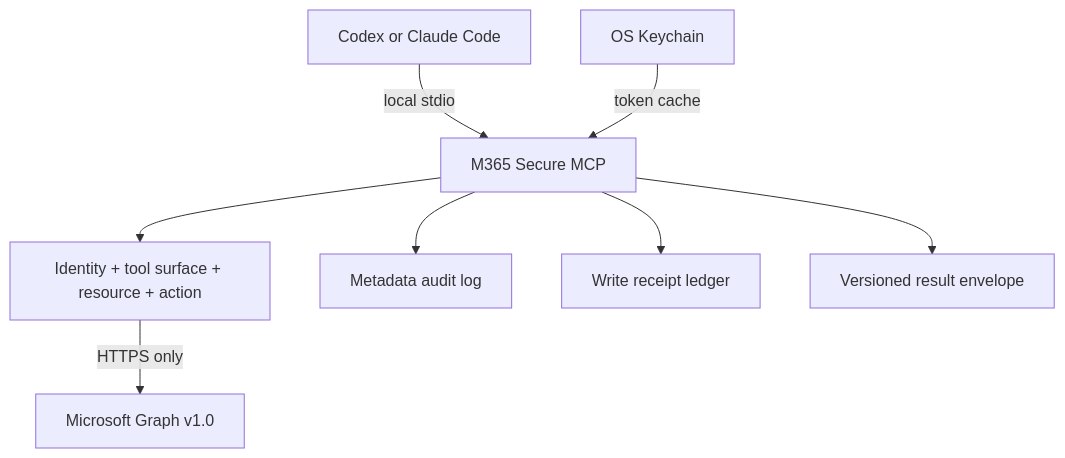
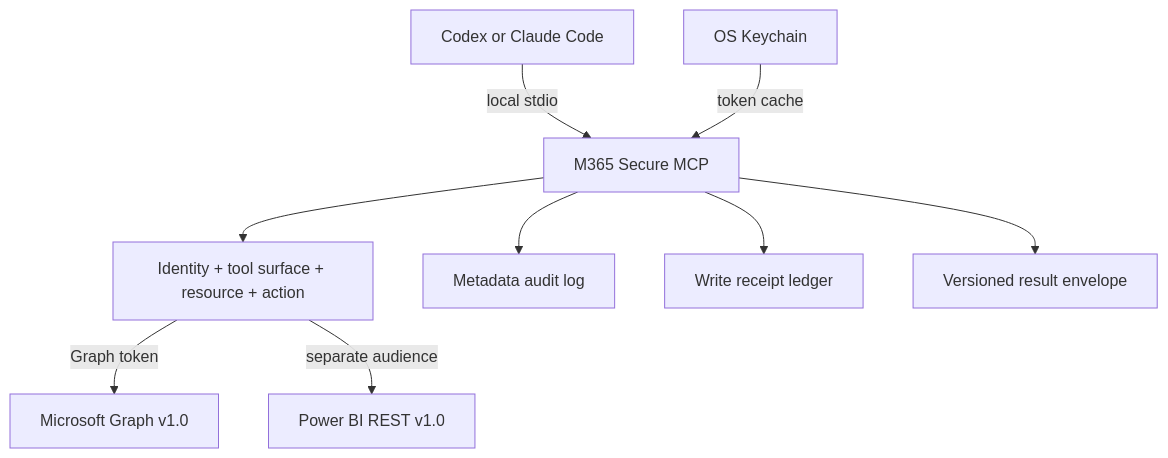
Before and after one commit to bugroo/m365-secure-mcp: the diagram in README.md, drawn with Mermaid. The commit also changed other lines of this file and 37 other files, not shown here.

````diff
--- a/README.md
+++ b/README.md
@@ -31,10 +32,11 @@
 ```mermaid
 flowchart TB
     A["Codex or Claude Code"] -->|"local stdio"| B["M365 Secure MCP"]
     H["OS Keychain"] -->|"token cache"| B
     B --> C["Identity + tool surface + resource + action"]
-    C -->|"HTTPS only"| G["Microsoft Graph v1.0"]
+    C -->|"Graph token"| G["Microsoft Graph v1.0"]
+    C -->|"separate audience"| P["Power BI REST v1.0"]
     B --> I["Metadata audit log"]
     B --> J["Write receipt ledger"]
     B --> K["Versioned result envelope"]
 ```
````
